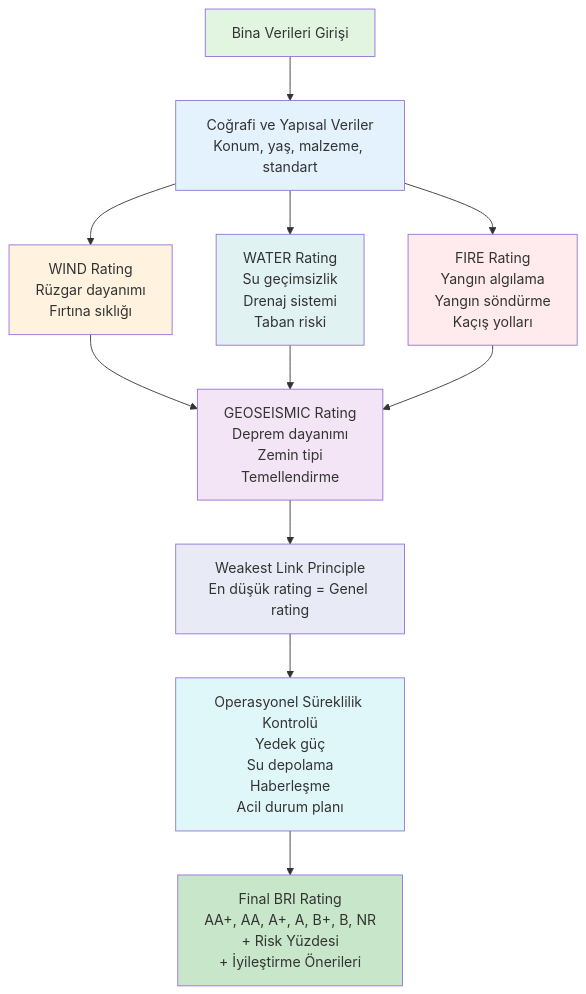
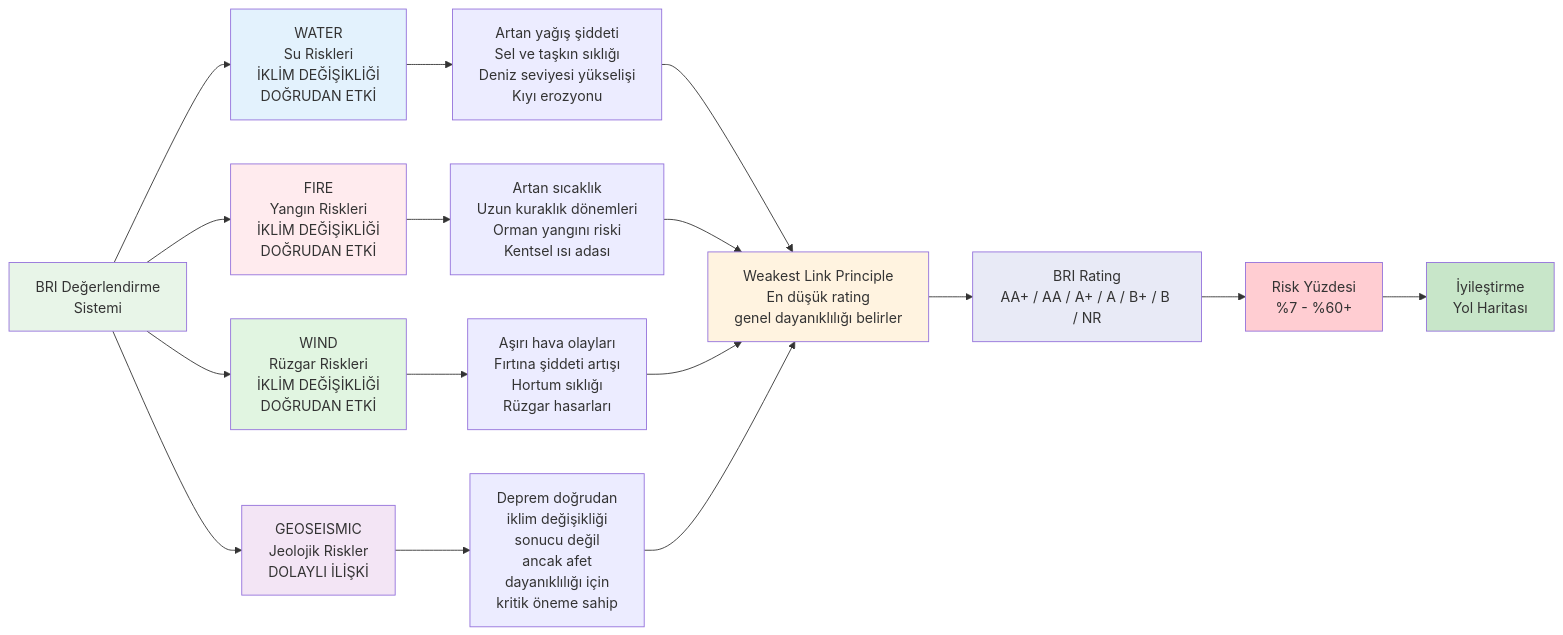
Before and after one commit to enliven17/sgt-YesilPort-dokumantasyon: the second of 10 diagrams in doc1.md, drawn with Mermaid. The commit also changed other lines of this file, not shown here.

````diff
--- a/doc1.md
+++ b/doc1.md
@@ -325,28 +72,34 @@
 ```mermaid
-flowchart TD
-    A[Bina Verileri Girişi] --> B[Coğrafi ve Yapısal Veriler<br/>Konum, yaş, malzeme, standart]
+graph LR
+    A[BRI Değerlendirme<br/>Sistemi] --> B[WATER<br/>Su Riskleri<br/>İKLİM DEĞİŞİKLİĞİ<br/>DOĞRUDAN ETKİ]
+    A --> C[FIRE<br/>Yangın Riskleri<br/>İKLİM DEĞİŞİKLİĞİ<br/>DOĞRUDAN ETKİ]
+    A --> D[WIND<br/>Rüzgar Riskleri<br/>İKLİM DEĞİŞİKLİĞİ<br/>DOĞRUDAN ETKİ]
+    A --> E[GEOSEISMIC<br/>Jeolojik Riskler<br/>DOLAYLI İLİŞKİ]
     
-    B --> C1[WIND Rating<br/>Rüzgar dayanımı<br/>Fırtına sıklığı]
-    B --> C2[WATER Rating<br/>Su geçimsizlik<br/>Drenaj sistemi<br/>Taban riski]
-    B --> C3[FIRE Rating<br/>Yangın algılama<br/>Yangın söndürme<br/>Kaçış yolları]
+    B --> B1[Artan yağış şiddeti<br/>Sel ve taşkın sıklığı<br/>Deniz seviyesi yükselişi<br/>Kıyı erozyonu]
     
-    C1 --> D[GEOSEISMIC Rating<br/>Deprem dayanımı<br/>Zemin tipi<br/>Temellendirme]
-    C2 --> D
-    C3 --> D
+    C --> C1[Artan sıcaklık<br/>Uzun kuraklık dönemleri<br/>Orman yangını riski<br/>Kentsel ısı adası]
     
-    D --> E[Weakest Link Principle<br/>En düşük rating = Genel rating]
+    D --> D1[Aşırı hava olayları<br/>Fırtına şiddeti artışı<br/>Hortum sıklığı<br/>Rüzgar hasarları]
     
-    E --> F[Operasyonel Süreklilik Kontrolü<br/>Yedek güç<br/>Su depolama<br/>Haberleşme<br/>Acil durum planı]
+    E --> E1[Deprem doğrudan<br/>iklim değişikliği<br/>sonucu değil<br/>ancak afet<br/>dayanıklılığı için<br/>kritik öneme sahip]
     
-    F --> G[Final BRI Rating<br/>AA+, AA, A+, A, B+, B, NR<br/>+ Risk Yüzdesi<br/>+ İyileştirme Önerileri]
+    B1 --> F[Weakest Link Principle<br/>En düşük rating<br/>genel dayanıklılığı belirler]
+    C1 --> F
+    D1 --> F
+    E1 --> F
     
-    style A fill:#e1f5e1
+    F --> G[BRI Rating<br/>AA+ / AA / A+ / A / B+ / B / NR]
+    G --> H[Risk Yüzdesi<br/>%7 - %60+]
+    H --> I[İyileştirme<br/>Yol Haritası]
+    
+    style A fill:#e8f5e8
     style B fill:#e3f2fd
-    style C1 fill:#fff3e0
-    style C2 fill:#e0f2f1
-    style C3 fill:#ffebee
-    style D fill:#f3e5f5
-    style E fill:#e8eaf6
-    style F fill:#e0f7fa
-    style G fill:#c8e6c9
+    style C fill:#ffebee
+    style D fill:#e1f5e1
+    style E fill:#f3e5f5
+    style F fill:#fff3e0
+    style G fill:#e8eaf6
+    style H fill:#ffcdd2
+    style I fill:#c8e6c9
 ```
````
